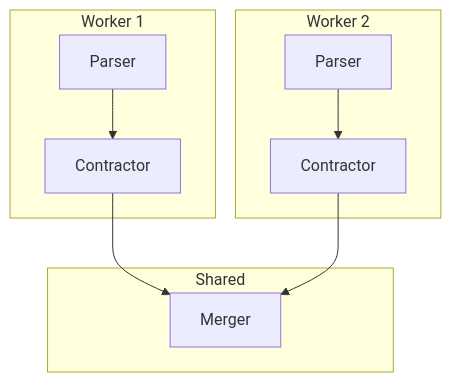
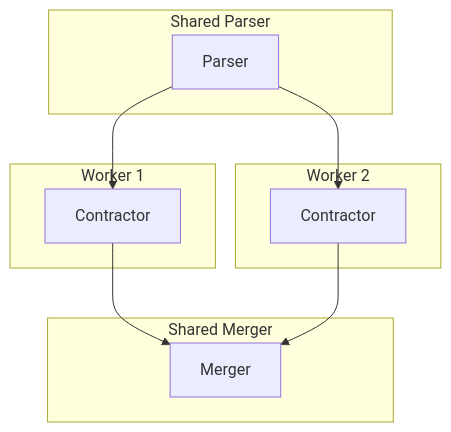
Before and after one commit to izokina/contractor: the second of 3 diagrams in AI-DOCS.md, drawn with Mermaid. The commit also changed other lines of this file and 8 other files, not shown here.

````diff
--- a/AI-DOCS.md
+++ b/AI-DOCS.md
@@ -46,14 +46,19 @@
 ```mermaid
 flowchart TB
+    subgraph Shared Parser
+        P[Parser]
+    end
     subgraph Worker 1
-        P1[Parser] --> C1[Contractor]
+        C1[Contractor]
     end
     subgraph Worker 2
-        P2[Parser] --> C2[Contractor]
+        C2[Contractor]
     end
-    subgraph Shared
+    subgraph Shared Merger
         M[Merger]
     end
+    P --> C1
+    P --> C2
     C1 --> M
     C2 --> M
 ```
````
